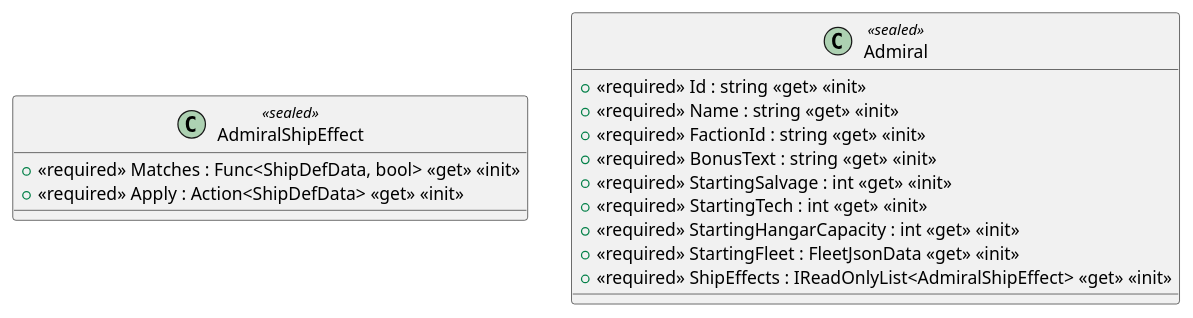
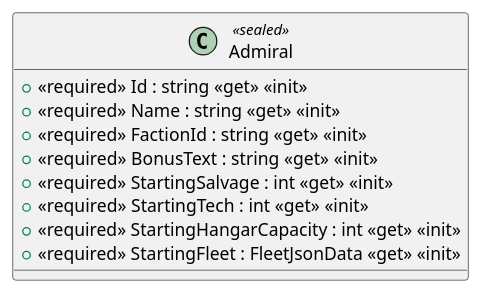
One commit to Tai-trinh/skock changed the diagram in diagrams/csharp/client/src/meta/AdmiralCatalog.puml. Above: the diagram before and after it, drawn with PlantUML. The commit also changed 50 other files, not shown here.

```diff
--- a/diagrams/csharp/client/src/meta/AdmiralCatalog.puml
+++ b/diagrams/csharp/client/src/meta/AdmiralCatalog.puml
@@ -1,17 +1,12 @@
 @startuml
-class AdmiralShipEffect <<sealed>> {
-    + <<required>> Matches : Func<ShipDefData, bool> <<get>> <<init>>
-    + <<required>> Apply : Action<ShipDefData> <<get>> <<init>>
-}
 class Admiral <<sealed>> {
     + <<required>> Id : string <<get>> <<init>>
     + <<required>> Name : string <<get>> <<init>>
     + <<required>> FactionId : string <<get>> <<init>>
     + <<required>> BonusText : string <<get>> <<init>>
     + <<required>> StartingSalvage : int <<get>> <<init>>
     + <<required>> StartingTech : int <<get>> <<init>>
     + <<required>> StartingHangarCapacity : int <<get>> <<init>>
     + <<required>> StartingFleet : FleetJsonData <<get>> <<init>>
-    + <<required>> ShipEffects : IReadOnlyList<AdmiralShipEffect> <<get>> <<init>>
 }
 @enduml
```
